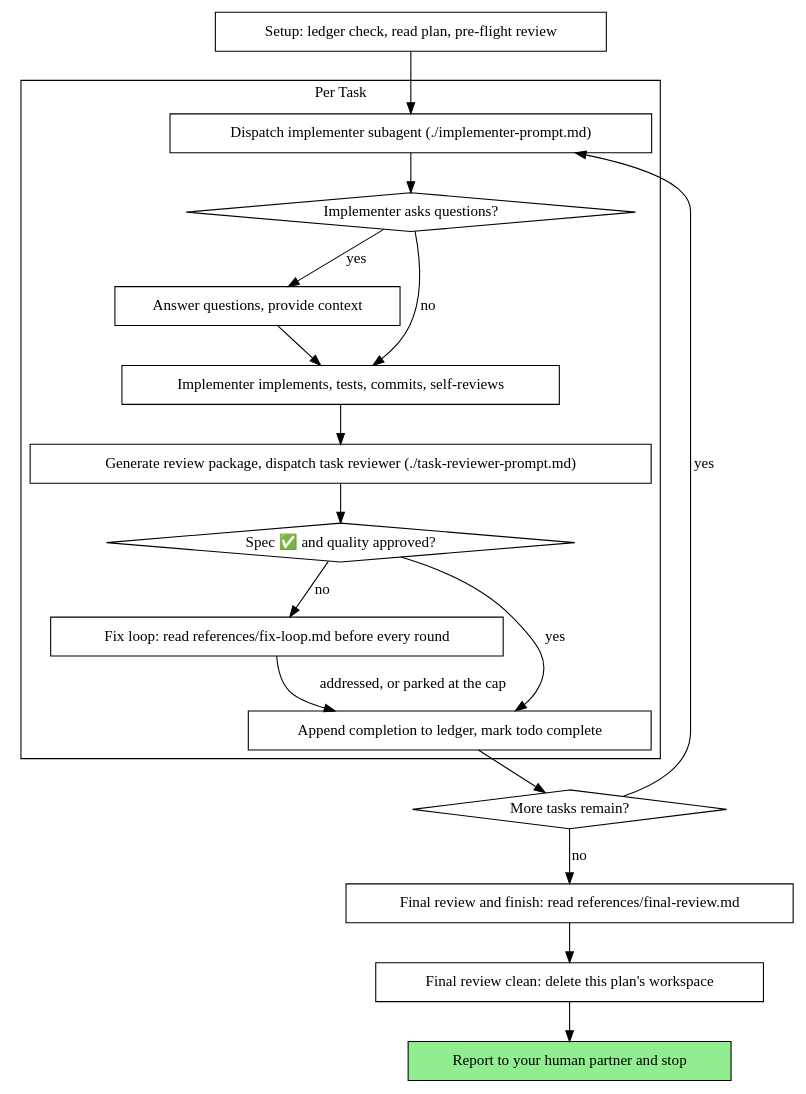
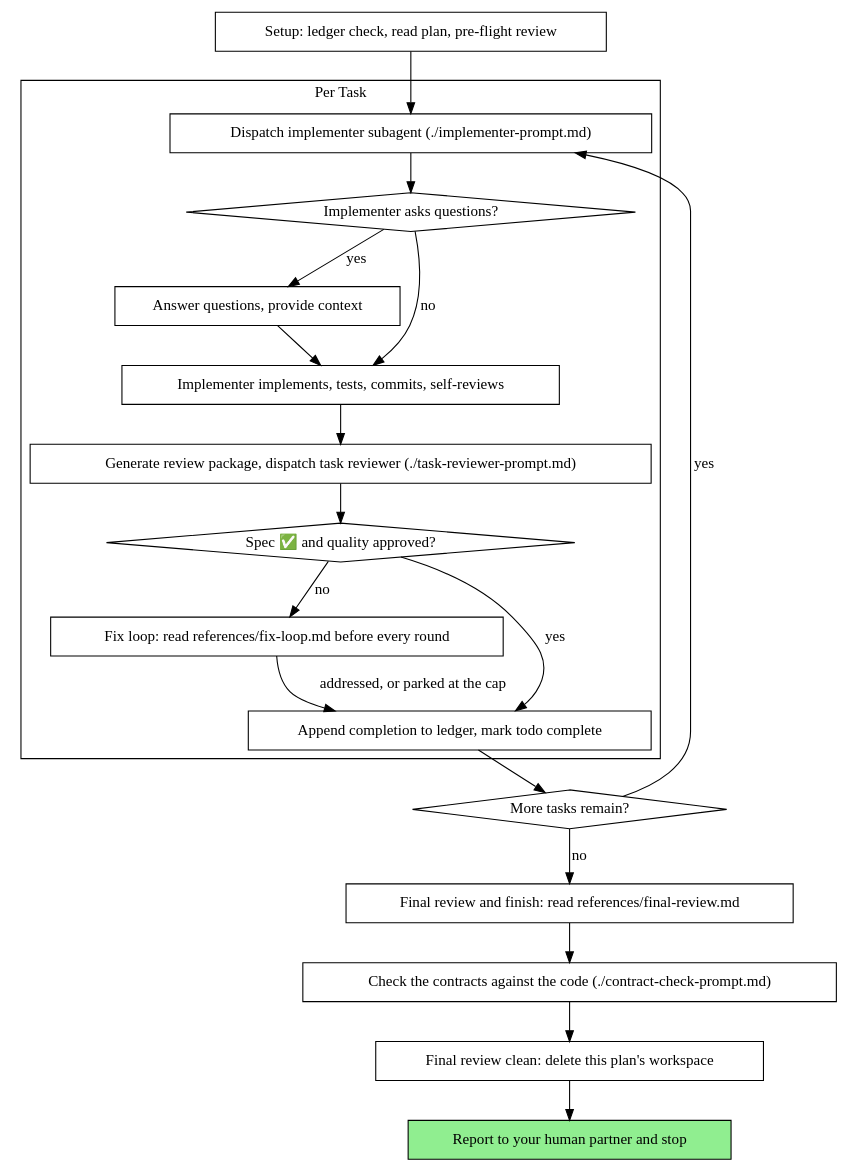
The second of 2 diagrams in skills/subagent-driven-development/SKILL.md (ThakkarChandresh/claude-workflow), drawn with Graphviz before and after one commit. The commit also changed other lines of this file and 3 other files, not shown here.

First line of the commit message:
Check the contracts against the code once all tasks are done

````diff
--- a/skills/subagent-driven-development/SKILL.md
+++ b/skills/subagent-driven-development/SKILL.md
@@ -58,39 +58,41 @@
 ```dot
 digraph process {
     rankdir=TB;
 
     subgraph cluster_per_task {
         label="Per Task";
         "Dispatch implementer subagent (./implementer-prompt.md)" [shape=box];
         "Implementer asks questions?" [shape=diamond];
         "Answer questions, provide context" [shape=box];
         "Implementer implements, tests, commits, self-reviews" [shape=box];
         "Generate review package, dispatch task reviewer (./task-reviewer-prompt.md)" [shape=box];
         "Spec ✅ and quality approved?" [shape=diamond];
         "Fix loop: read references/fix-loop.md before every round" [shape=box];
         "Append completion to ledger, mark todo complete" [shape=box];
     }
 
     "Setup: ledger check, read plan, pre-flight review" [shape=box];
     "More tasks remain?" [shape=diamond];
     "Final review and finish: read references/final-review.md" [shape=box];
+    "Check the contracts against the code (./contract-check-prompt.md)" [shape=box];
     "Final review clean: delete this plan's workspace" [shape=box];
     "Report to your human partner and stop" [shape=box style=filled fillcolor=lightgreen];
 
     "Setup: ledger check, read plan, pre-flight review" -> "Dispatch implementer subagent (./implementer-prompt.md)";
     "Dispatch implementer subagent (./implementer-prompt.md)" -> "Implementer asks questions?";
     "Implementer asks questions?" -> "Answer questions, provide context" [label="yes"];
     "Answer questions, provide context" -> "Implementer implements, tests, commits, self-reviews";
     "Implementer asks questions?" -> "Implementer implements, tests, commits, self-reviews" [label="no"];
     "Implementer implements, tests, commits, self-reviews" -> "Generate review package, dispatch task reviewer (./task-reviewer-prompt.md)";
     "Generate review package, dispatch task reviewer (./task-reviewer-prompt.md)" -> "Spec ✅ and quality approved?";
     "Spec ✅ and quality approved?" -> "Append completion to ledger, mark todo complete" [label="yes"];
     "Spec ✅ and quality approved?" -> "Fix loop: read references/fix-loop.md before every round" [label="no"];
     "Fix loop: read references/fix-loop.md before every round" -> "Append completion to ledger, mark todo complete" [label="addressed, or parked at the cap"];
     "Append completion to ledger, mark todo complete" -> "More tasks remain?";
     "More tasks remain?" -> "Dispatch implementer subagent (./implementer-prompt.md)" [label="yes"];
     "More tasks remain?" -> "Final review and finish: read references/final-review.md" [label="no"];
-    "Final review and finish: read references/final-review.md" -> "Final review clean: delete this plan's workspace";
+    "Final review and finish: read references/final-review.md" -> "Check the contracts against the code (./contract-check-prompt.md)";
+    "Check the contracts against the code (./contract-check-prompt.md)" -> "Final review clean: delete this plan's workspace";
     "Final review clean: delete this plan's workspace" -> "Report to your human partner and stop";
 }
 ```
````
